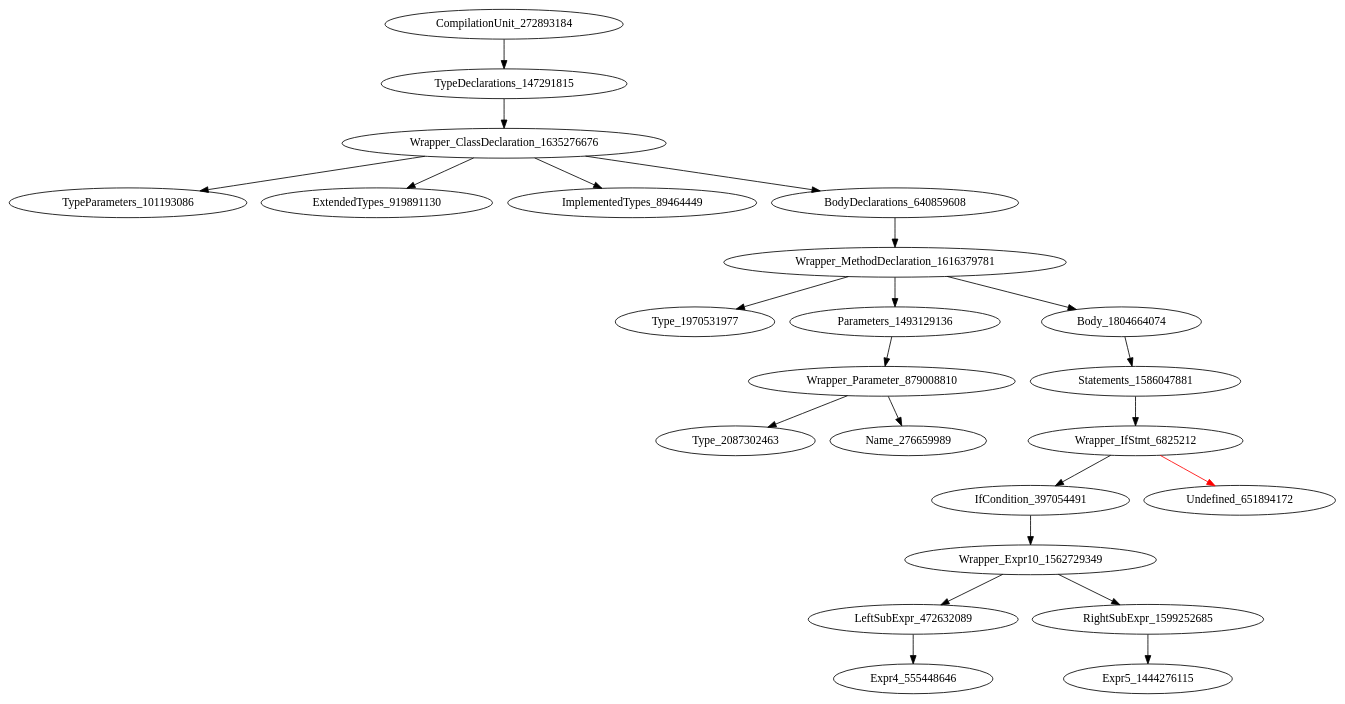
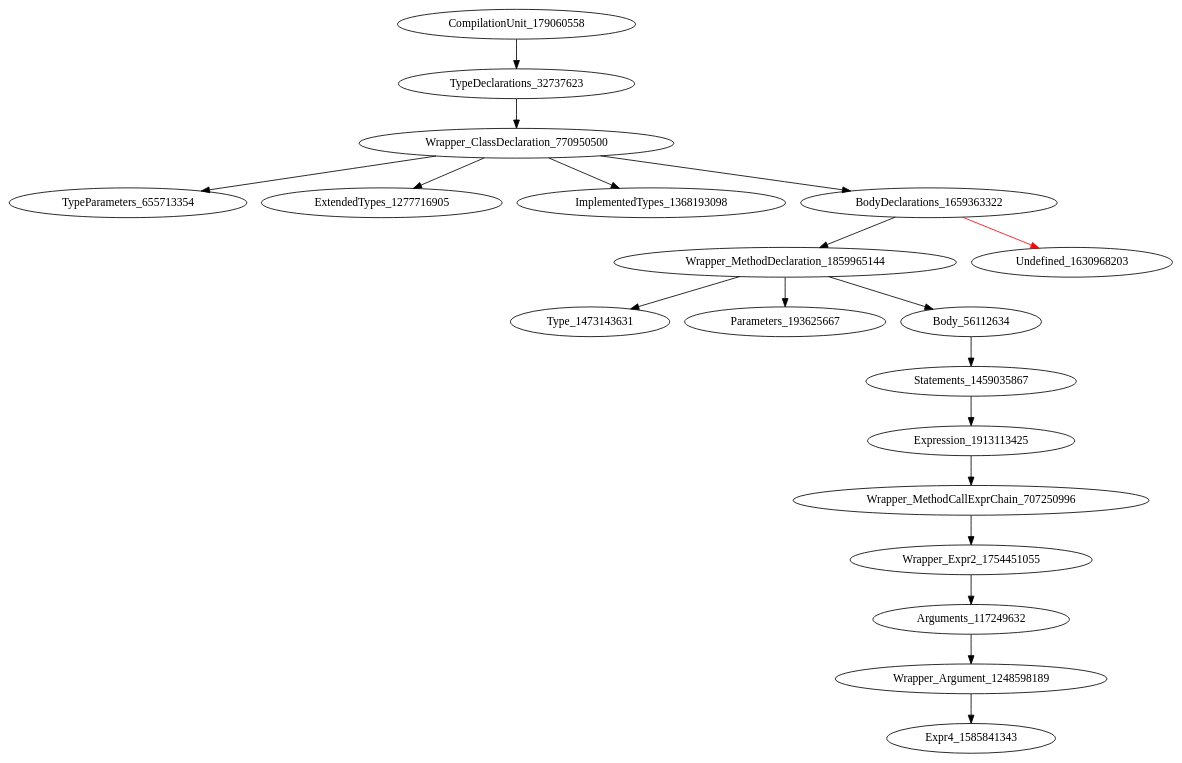
Before and after one commit to icse2023material/VoiceJava: the diagram in holeAST.dot, drawn with Graphviz. The commit also changed 4 other files, not shown here.

```diff
--- a/holeAST.dot
+++ b/holeAST.dot
@@ -1,24 +1,20 @@
 digraph {
-CompilationUnit_272893184 -> TypeDeclarations_147291815
-TypeDeclarations_147291815 -> Wrapper_ClassDeclaration_1635276676
-Wrapper_ClassDeclaration_1635276676 -> TypeParameters_101193086
-Wrapper_ClassDeclaration_1635276676 -> ExtendedTypes_919891130
-Wrapper_ClassDeclaration_1635276676 -> ImplementedTypes_89464449
-Wrapper_ClassDeclaration_1635276676 -> BodyDeclarations_640859608
-BodyDeclarations_640859608 -> Wrapper_MethodDeclaration_1616379781
-Wrapper_MethodDeclaration_1616379781 -> Type_1970531977
-Wrapper_MethodDeclaration_1616379781 -> Parameters_1493129136
-Wrapper_MethodDeclaration_1616379781 -> Body_1804664074
-Parameters_1493129136 -> Wrapper_Parameter_879008810
-Body_1804664074 -> Statements_1586047881
-Wrapper_Parameter_879008810 -> Type_2087302463
-Wrapper_Parameter_879008810 -> Name_276659989
-Statements_1586047881 -> Wrapper_IfStmt_6825212
-Wrapper_IfStmt_6825212 -> IfCondition_397054491
-Wrapper_IfStmt_6825212 -> Undefined_651894172 [color = red] 
-IfCondition_397054491 -> Wrapper_Expr10_1562729349
-Wrapper_Expr10_1562729349 -> LeftSubExpr_472632089
-Wrapper_Expr10_1562729349 -> RightSubExpr_1599252685
-LeftSubExpr_472632089 -> Expr4_555448646
-RightSubExpr_1599252685 -> Expr5_1444276115
+CompilationUnit_179060558 -> TypeDeclarations_32737623
+TypeDeclarations_32737623 -> Wrapper_ClassDeclaration_770950500
+Wrapper_ClassDeclaration_770950500 -> TypeParameters_655713354
+Wrapper_ClassDeclaration_770950500 -> ExtendedTypes_1277716905
+Wrapper_ClassDeclaration_770950500 -> ImplementedTypes_1368193098
+Wrapper_ClassDeclaration_770950500 -> BodyDeclarations_1659363322
+BodyDeclarations_1659363322 -> Wrapper_MethodDeclaration_1859965144
+BodyDeclarations_1659363322 -> Undefined_1630968203 [color = red] 
+Wrapper_MethodDeclaration_1859965144 -> Type_1473143631
+Wrapper_MethodDeclaration_1859965144 -> Parameters_193625667
+Wrapper_MethodDeclaration_1859965144 -> Body_56112634
+Body_56112634 -> Statements_1459035867
+Statements_1459035867 -> Expression_1913113425
+Expression_1913113425 -> Wrapper_MethodCallExprChain_707250996
+Wrapper_MethodCallExprChain_707250996 -> Wrapper_Expr2_1754451055
+Wrapper_Expr2_1754451055 -> Arguments_117249632
+Arguments_117249632 -> Wrapper_Argument_1248598189
+Wrapper_Argument_1248598189 -> Expr4_1585841343
 }
```
